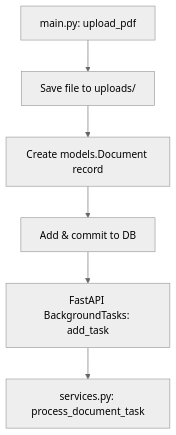
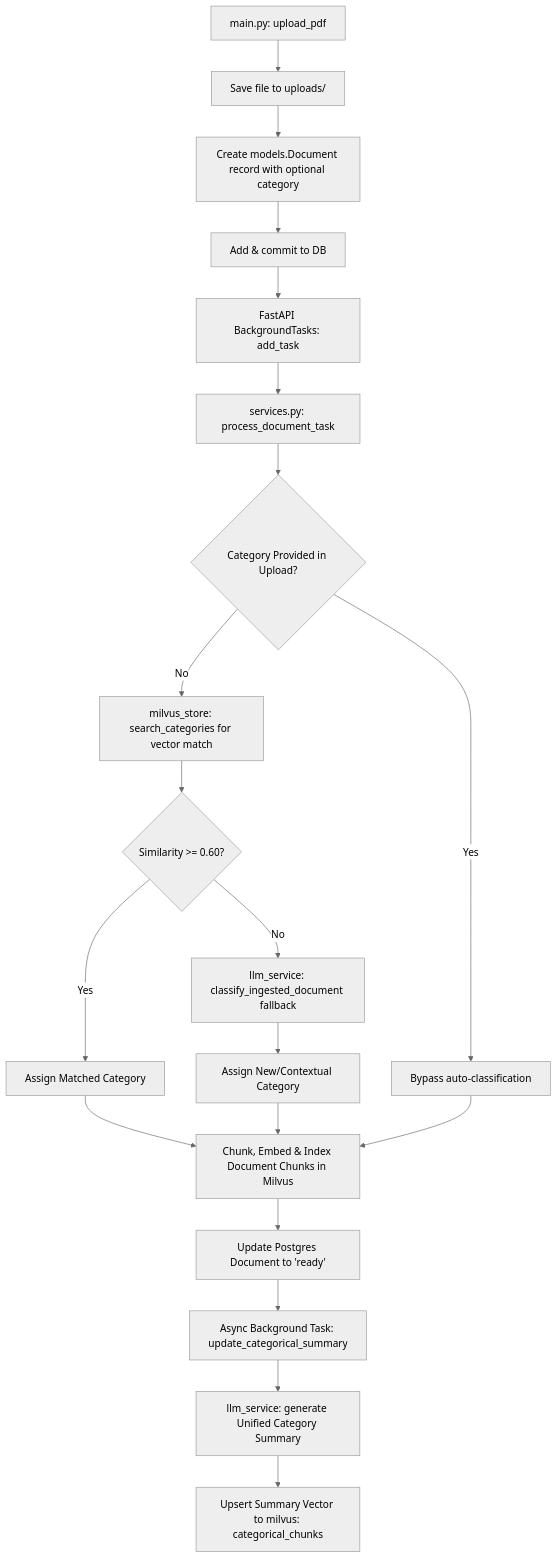
The first of 2 diagrams in Project/backend_flow.md (AnujSharma-05/Task0_RapidFoundation), drawn with Mermaid (neutral theme) before and after one commit. The commit also changed other lines of this file and 1 other file, not shown here.

Commit message:
feat: add LLM service with categorical routing and fallback mock modes alongside backend flow documentation

````diff
--- a/Project/backend_flow.md
+++ b/Project/backend_flow.md
@@ -48,8 +48,20 @@
 ```mermaid
 graph TD
     A[main.py: upload_pdf] --> B[Save file to uploads/]
-    B --> C[Create models.Document record]
+    B --> C[Create models.Document record with optional category]
     C --> D[Add & commit to DB]
     D --> E[FastAPI BackgroundTasks: add_task]
     E --> F[services.py: process_document_task]
+    F --> G{Category Provided in Upload?}
+    G -- No --> H[milvus_store: search_categories for vector match]
+    H --> I{Similarity >= 0.60?}
+    I -- Yes --> J[Assign Matched Category]
+    I -- No --> K[llm_service: classify_ingested_document fallback]
+    K --> L[Assign New/Contextual Category]
+    G -- Yes --> M[Bypass auto-classification]
+    J & L & M --> N[Chunk, Embed & Index Document Chunks in Milvus]
+    N --> O[Update Postgres Document to 'ready']
+    O --> P[Async Background Task: update_categorical_summary]
+    P --> Q[llm_service: generate Unified Category Summary]
+    Q --> R[Upsert Summary Vector to milvus: categorical_chunks]
 ```
````
